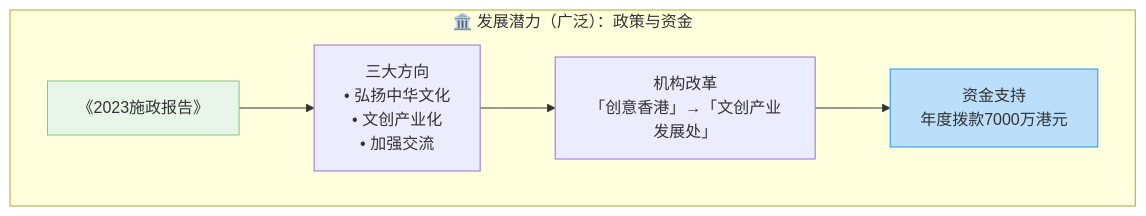
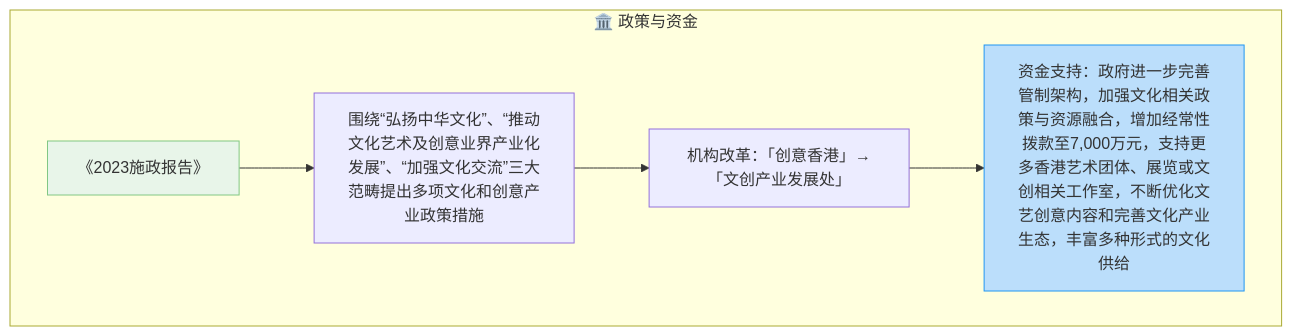
The first of 3 diagrams in README.md (NaturalRice/git-demo), drawn with Mermaid before and after one commit. The commit also changed other lines of this file, not shown here.

````diff
--- a/README.md
+++ b/README.md
@@ -6,11 +6,11 @@
 ```mermaid
 flowchart TB
-    subgraph 政策支持["🏛️ 发展潜力（广泛）：政策与资金"]
+    subgraph 政策支持["🏛️ 政策与资金"]
         direction LR
-        A[《2023施政报告》] --> B["三大方向\n• 弘扬中华文化\n• 文创产业化\n• 加强交流"]
-        B --> C["机构改革\n「创意香港」→「文创产业发展处」"]
-        C --> D["资金支持\n年度拨款7000万港元"]
+        A[《2023施政报告》] --> B["围绕“弘扬中华文化”、“推动文化艺术及创意业界产业化发展”、“加强文化交流”三大范畴提出多项文化和创意产业政策措施"]
+        B --> C["机构改革：「创意香港」→「文创产业发展处」"]
+        C --> D["资金支持：政府进一步完善管制架构，加强文化相关政策与资源融合，增加经常性拨款至7,000万元，支持更多香港艺术团体、展览或文创相关工作室，不断优化文艺创意内容和完善文化产业生态，丰富多种形式的文化供给"]
         style A fill:#e8f5e9,stroke:#81c784
         style D fill:#bbdefb,stroke:#2196f3
     end
 ```
````
